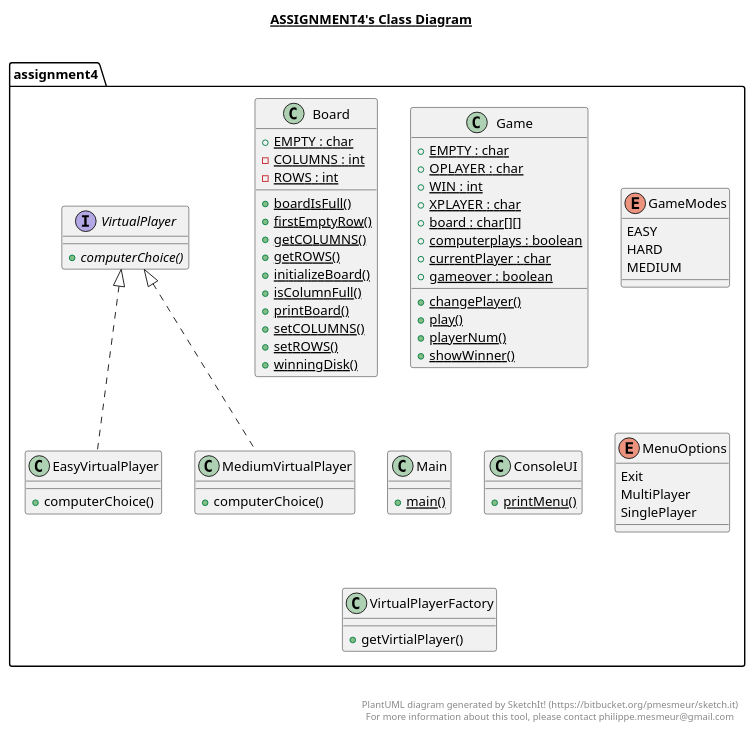
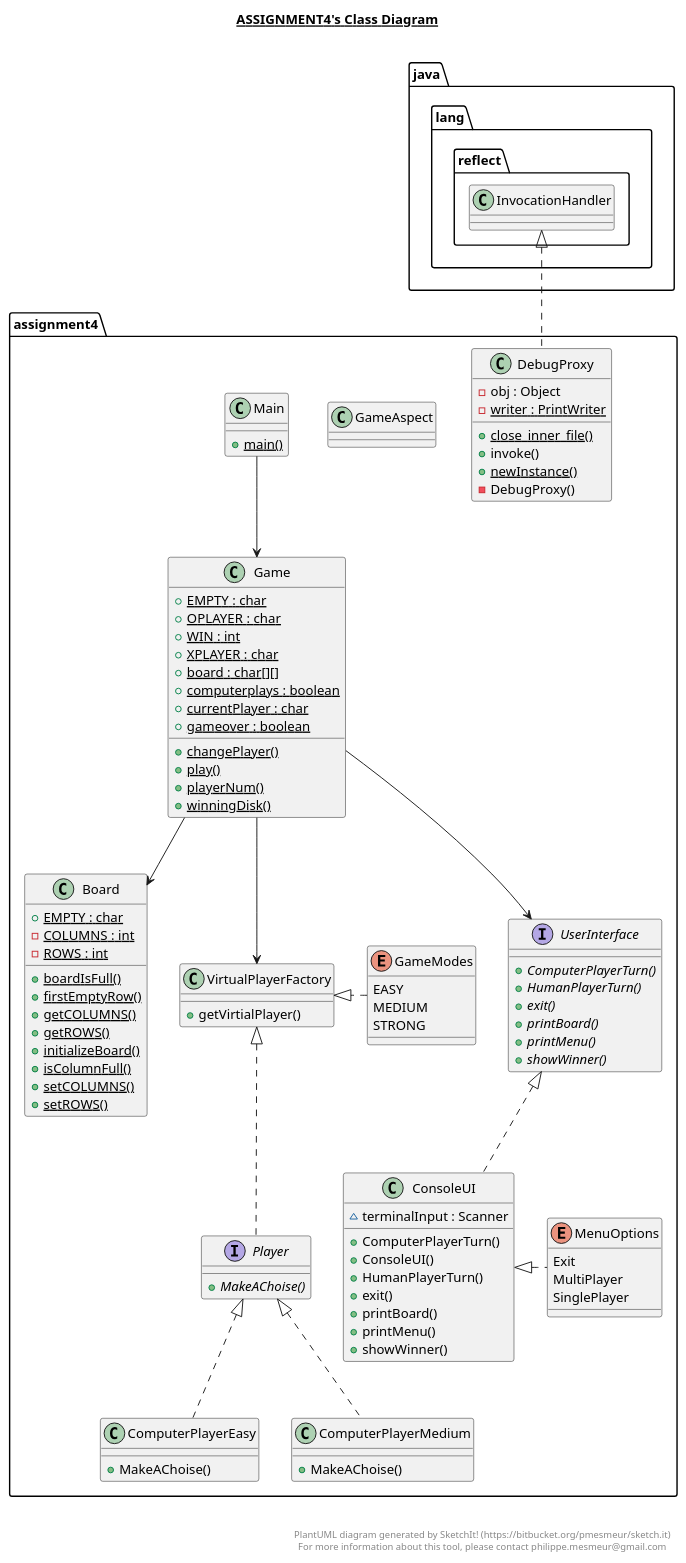
One commit to arpeled/FourInLine changed the diagram in out/production/Project/assignment4/assignment4.plantuml. Above: the diagram before and after it, drawn with PlantUML. The commit also changed 32 other files, not shown here.

```diff
--- a/out/production/Project/assignment4/assignment4.plantuml
+++ b/out/production/Project/assignment4/assignment4.plantuml
@@ -1,113 +1,159 @@
 @startuml
 
 title __ASSIGNMENT4's Class Diagram__\n
 
   namespace assignment4 {
     class assignment4.Board {
         {static} + EMPTY : char
         {static} - COLUMNS : int
         {static} - ROWS : int
         {static} + boardIsFull()
         {static} + firstEmptyRow()
         {static} + getCOLUMNS()
         {static} + getROWS()
         {static} + initializeBoard()
         {static} + isColumnFull()
-        {static} + printBoard()
         {static} + setCOLUMNS()
         {static} + setROWS()
-        {static} + winningDisk()
     }
   }
   
 
   namespace assignment4 {
-    class assignment4.EasyVirtualPlayer {
-        + computerChoice()
+    class assignment4.ComputerPlayerEasy {
+        + MakeAChoise()
+    }
+  }
+  
+
+  namespace assignment4 {
+    class assignment4.ComputerPlayerMedium {
+        + MakeAChoise()
+    }
+  }
+  
+
+  namespace assignment4 {
+    class assignment4.ConsoleUI {
+        ~ terminalInput : Scanner
+        + ComputerPlayerTurn()
+        + ConsoleUI()
+        + HumanPlayerTurn()
+        + exit()
+        + printBoard()
+        + printMenu()
+        + showWinner()
+    }
+  }
+  
+
+  namespace assignment4 {
+    class assignment4.DebugProxy {
+        - obj : Object
+        {static} - writer : PrintWriter
+        {static} + close_inner_file()
+        + invoke()
+        {static} + newInstance()
+        - DebugProxy()
     }
   }
   
 
   namespace assignment4 {
     class assignment4.Game {
         {static} + EMPTY : char
         {static} + OPLAYER : char
         {static} + WIN : int
         {static} + XPLAYER : char
         {static} + board : char[][]
         {static} + computerplays : boolean
         {static} + currentPlayer : char
         {static} + gameover : boolean
         {static} + changePlayer()
         {static} + play()
         {static} + playerNum()
-        {static} + showWinner()
+        {static} + winningDisk()
+    }
+  }
+  
+
+  namespace assignment4 {
+    class assignment4.GameAspect {
     }
   }
   
 
   namespace assignment4 {
     enum GameModes {
       EASY
-      HARD
       MEDIUM
+      STRONG
     }
   }
   
 
   namespace assignment4 {
     class assignment4.Main {
         {static} + main()
-    }
-  }
-  
-
-  namespace assignment4 {
-    class assignment4.MediumVirtualPlayer {
-        + computerChoice()
-    }
-  }
-  
-
-  namespace assignment4 {
-    class assignment4.ConsoleUI {
-        {static} + printMenu()
     }
   }
   
 
   namespace assignment4 {
     enum MenuOptions {
       Exit
       MultiPlayer
       SinglePlayer
     }
   }
   
 
   namespace assignment4 {
-    interface assignment4.VirtualPlayer {
-        {abstract} + computerChoice()
+    interface assignment4.Player {
+        {abstract} + MakeAChoise()
+    }
+  }
+  
+
+  namespace assignment4 {
+    interface assignment4.UserInterface {
+        {abstract} + ComputerPlayerTurn()
+        {abstract} + HumanPlayerTurn()
+        {abstract} + exit()
+        {abstract} + printBoard()
+        {abstract} + printMenu()
+        {abstract} + showWinner()
     }
   }
   
 
   namespace assignment4 {
     class assignment4.VirtualPlayerFactory {
         + getVirtialPlayer()
     }
   }
   
 
-  assignment4.EasyVirtualPlayer .up.|> assignment4.VirtualPlayer
-  assignment4.MediumVirtualPlayer .up.|> assignment4.VirtualPlayer
+  assignment4.ComputerPlayerEasy .up.|> assignment4.Player
+  assignment4.ComputerPlayerMedium .up.|> assignment4.Player
+  assignment4.Player .up.|> assignment4.VirtualPlayerFactory
+  assignment4.ConsoleUI .up.|> assignment4.UserInterface
+  assignment4.DebugProxy .up.|> java.lang.reflect.InvocationHandler
+  assignment4.MenuOptions .left.|> assignment4.ConsoleUI
+  assignment4.GameModes .right.|> assignment4.VirtualPlayerFactory
+
+  assignment4.Main --> assignment4.Game
+  assignment4.Game --> assignment4.UserInterface
+  assignment4.Game --> assignment4.Board
+  assignment4.Game --> assignment4.VirtualPlayerFactory
+
 
 
 right footer
 
 
 PlantUML diagram generated by SketchIt! (https://bitbucket.org/pmesmeur/sketch.it)
 For more information about this tool, please contact philippe.mesmeur@gmail.com
 endfooter
 
 @enduml
```
